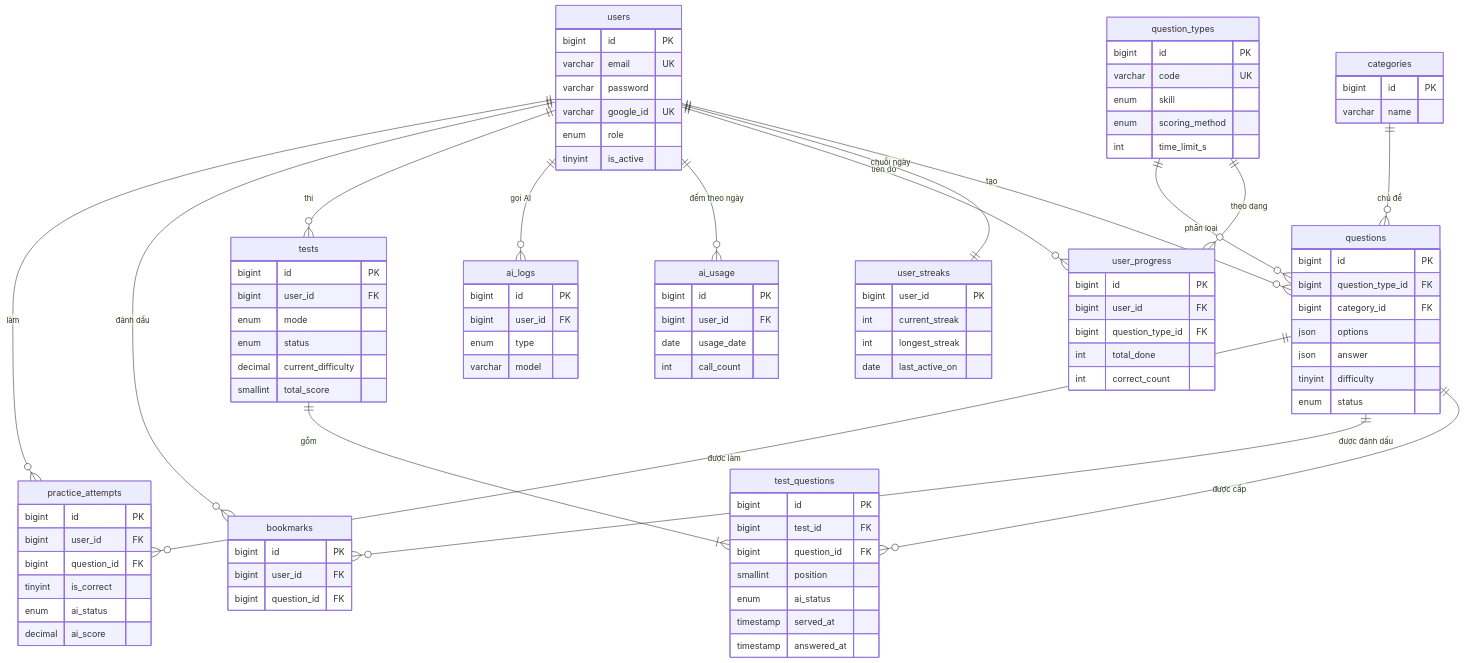
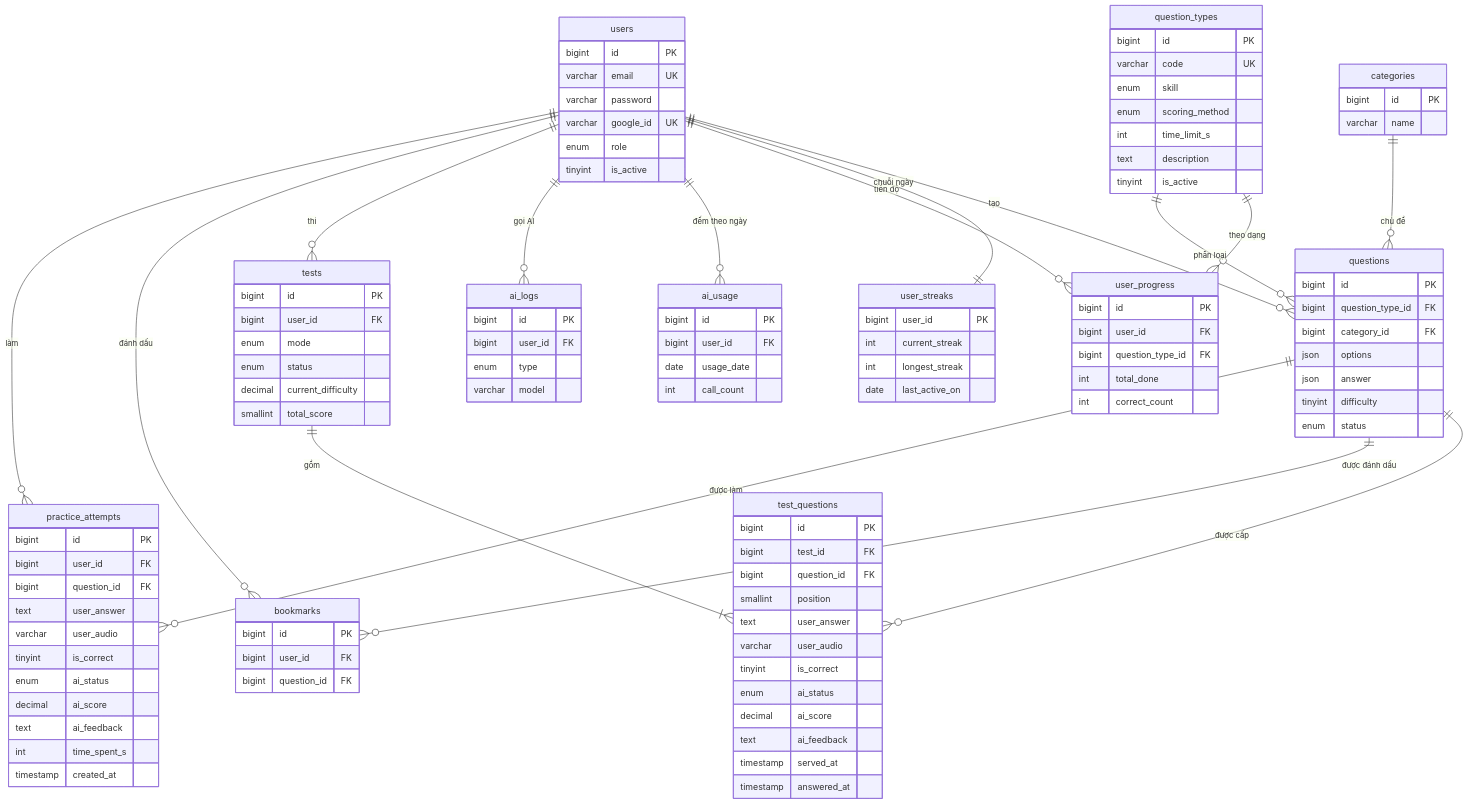
The sixth of 6 diagrams in docs/Thiết kế hệ thống DET Practice.md (NhatLam9/Phat_Trien_Ma_Nguon_Mo), drawn with Mermaid before and after one commit. The commit also changed other lines of this file and 2 other files, not shown here.

Commit message:
sua lại

```diff
--- a/docs/Thiết kế hệ thống DET Practice.md
+++ b/docs/Thiết kế hệ thống DET Practice.md
@@ -472,6 +472,8 @@
     enum skill
     enum scoring_method
     int time_limit_s
+    text description
+    tinyint is_active
   }
   categories {
     bigint id PK
@@ -490,9 +492,14 @@
     bigint id PK
     bigint user_id FK
     bigint question_id FK
+    text user_answer
+    varchar user_audio
     tinyint is_correct
     enum ai_status
     decimal ai_score
+    text ai_feedback
+    int time_spent_s
+    timestamp created_at
   }
   bookmarks {
     bigint id PK
@@ -512,7 +519,12 @@
     bigint test_id FK
     bigint question_id FK
     smallint position
+    text user_answer
+    varchar user_audio
+    tinyint is_correct
     enum ai_status
+    decimal ai_score
+    text ai_feedback
     timestamp served_at
     timestamp answered_at
   }
```
